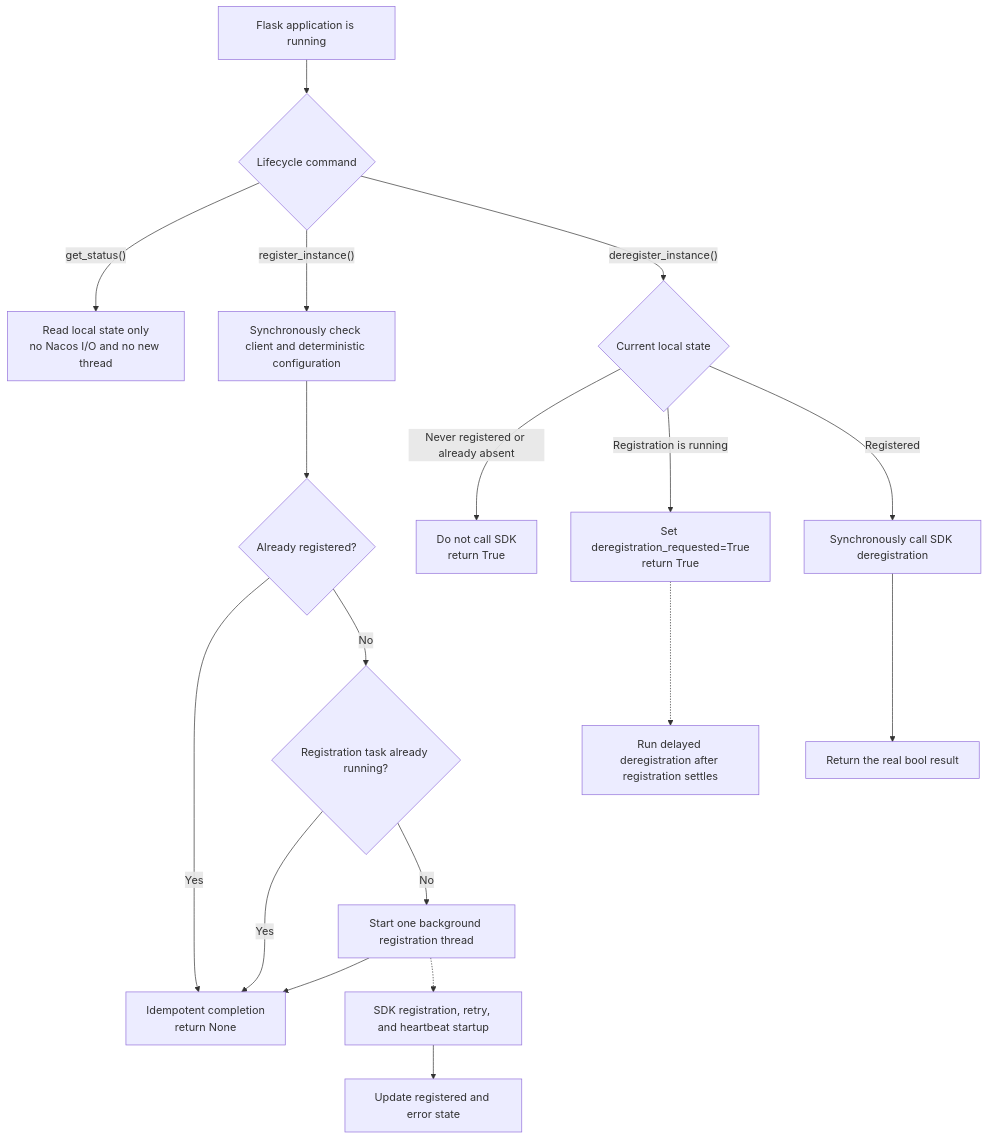
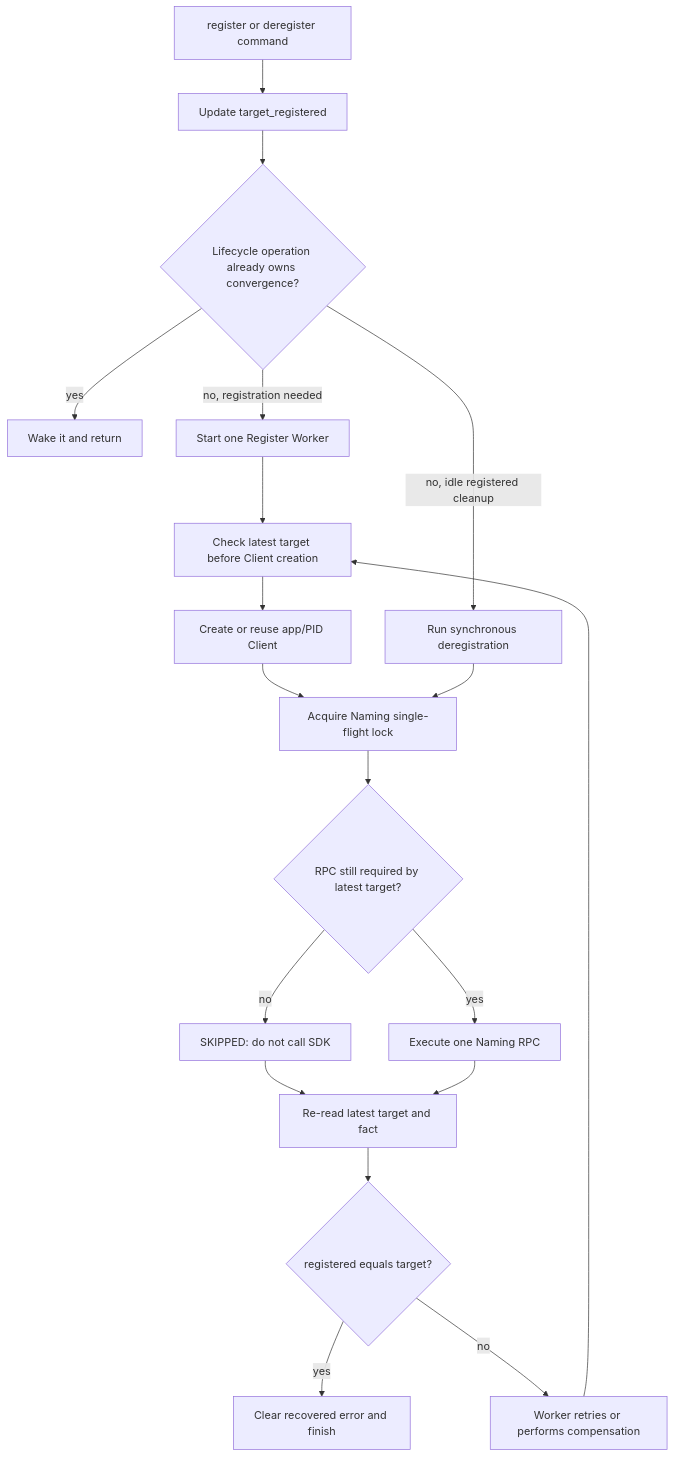
Before and after one commit to pumpkin-nbc/Flask-Nacos: the second of 2 diagrams in docs/service-registration.md, drawn with Mermaid. The commit also changed other lines of this file and 73 other files, not shown here.

````diff
--- a/docs/service-registration.md
+++ b/docs/service-registration.md
@@ -95,23 +75,21 @@
 ```mermaid
 flowchart TD
-    A["Flask application is running"] --> B{"Lifecycle command"}
-
-    B -- "get_status()" --> C["Read local state only<br/>no Nacos I/O and no new thread"]
-
-    B -- "register_instance()" --> D["Synchronously check client and deterministic configuration"]
-    D --> E{"Already registered?"}
-    E -- "Yes" --> F["Idempotent completion<br/>return None"]
-    E -- "No" --> G{"Registration task already running?"}
-    G -- "Yes" --> F
-    G -- "No" --> H["Start one background registration thread"]
-    H --> F
-    H -.-> I["SDK registration, retry, and heartbeat startup"]
-    I --> J["Update registered and error state"]
-
-    B -- "deregister_instance()" --> K{"Current local state"}
-    K -- "Never registered or already absent" --> L["Do not call SDK<br/>return True"]
-    K -- "Registration is running" --> M["Set deregistration_requested=True<br/>return True"]
-    M -.-> N["Run delayed deregistration after registration settles"]
-    K -- "Registered" --> O["Synchronously call SDK deregistration"]
-    O --> P["Return the real bool result"]
+    A["register or deregister command"] --> B["Update target_registered"]
+    B --> C{"Lifecycle operation already owns convergence?"}
+    C -- "yes" --> D["Wake it and return"]
+    C -- "no, registration needed" --> E["Start one Register Worker"]
+    C -- "no, idle registered cleanup" --> F["Run synchronous deregistration"]
+    E --> G["Check latest target before Client creation"]
+    G --> H["Create or reuse app/PID Client"]
+    H --> I["Acquire Naming single-flight lock"]
+    F --> I
+    I --> J{"RPC still required by latest target?"}
+    J -- "no" --> K["SKIPPED: do not call SDK"]
+    J -- "yes" --> L["Execute one Naming RPC"]
+    K --> M["Re-read latest target and fact"]
+    L --> M
+    M --> N{"registered equals target?"}
+    N -- "yes" --> O["Clear recovered error and finish"]
+    N -- "no" --> P["Worker retries or performs compensation"]
+    P --> G
 ```
````
